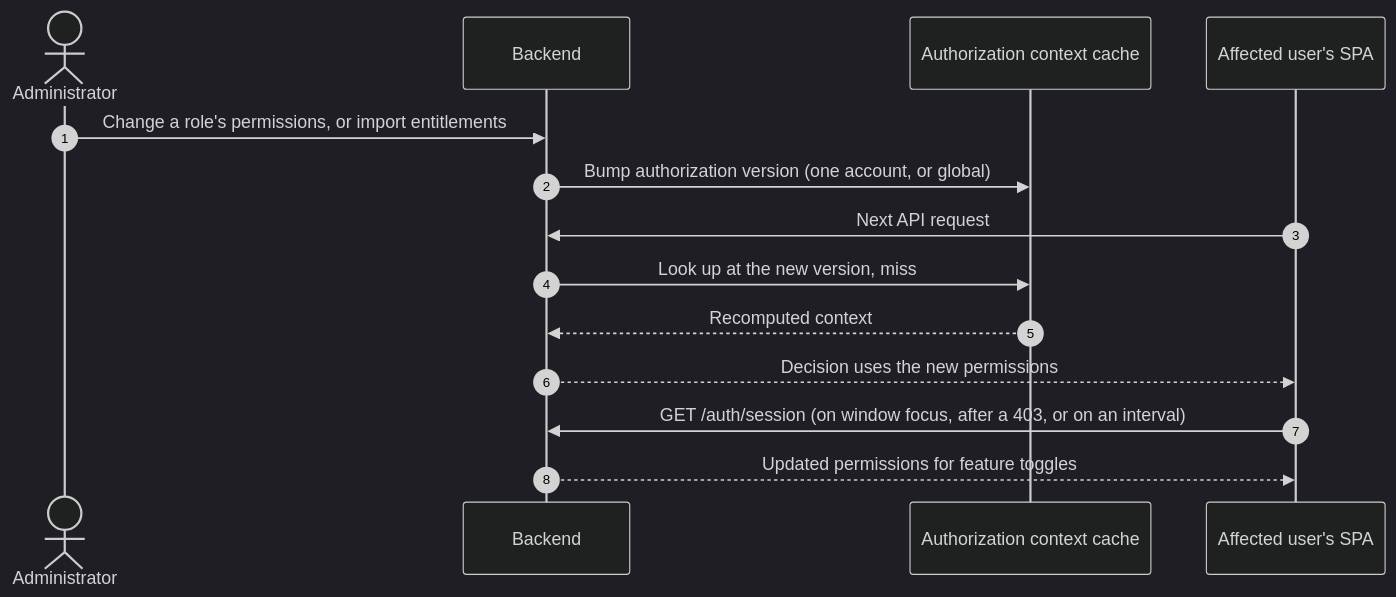
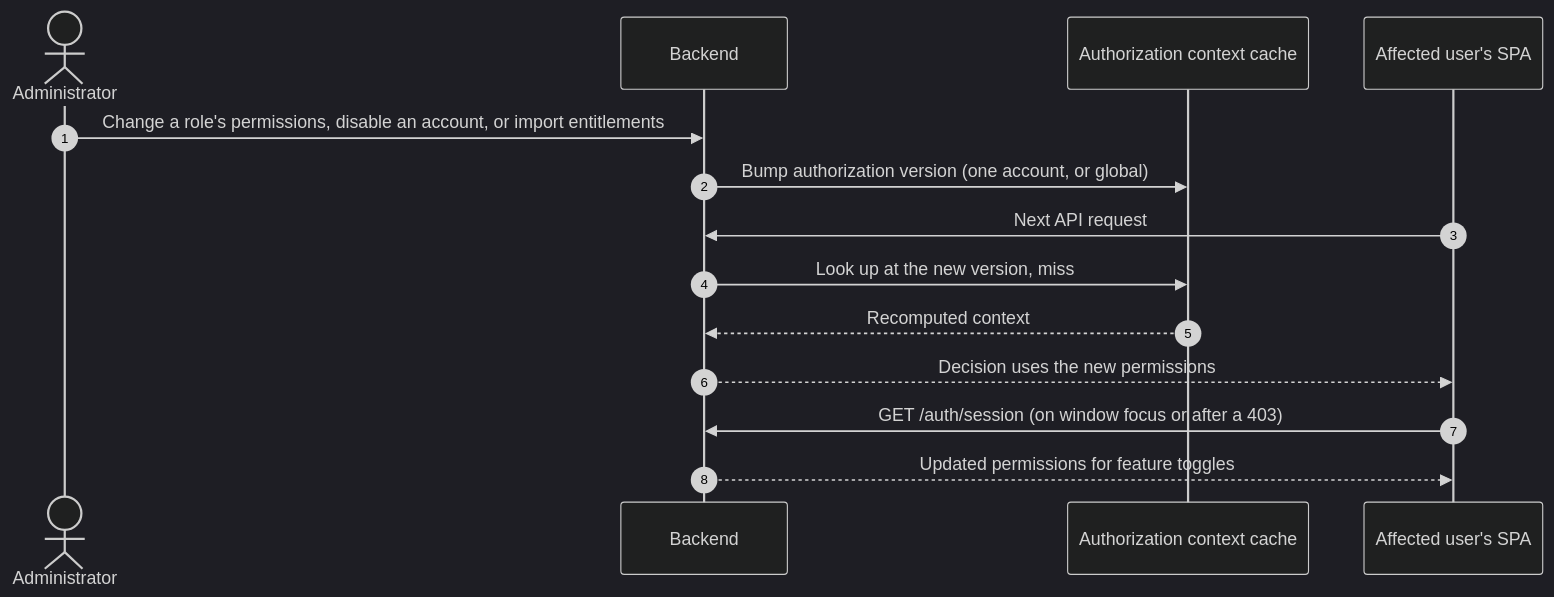
Before and after one commit to rn-forge/pykit: the eighth of 12 diagrams in docs/specs/epics/E13-auth/design.md, drawn with Mermaid (dark theme). The commit also changed other lines of this file and 9 other files, not shown here.

````diff
--- a/docs/specs/epics/E13-auth/design.md
+++ b/docs/specs/epics/E13-auth/design.md
@@ -551,16 +630,16 @@
 ```mermaid
 sequenceDiagram
   autonumber
   actor ADM as Administrator
   participant BE as Backend
   participant AZ as Authorization context cache
   participant SPA as Affected user's SPA
-  ADM->>BE: Change a role's permissions, or import entitlements
+  ADM->>BE: Change a role's permissions, disable an account, or import entitlements
   BE->>AZ: Bump authorization version (one account, or global)
   SPA->>BE: Next API request
   BE->>AZ: Look up at the new version, miss
   AZ-->>BE: Recomputed context
   BE-->>SPA: Decision uses the new permissions
-  SPA->>BE: GET /auth/session (on window focus, after a 403, or on an interval)
+  SPA->>BE: GET /auth/session (on window focus or after a 403)
   BE-->>SPA: Updated permissions for feature toggles
 ```
````
